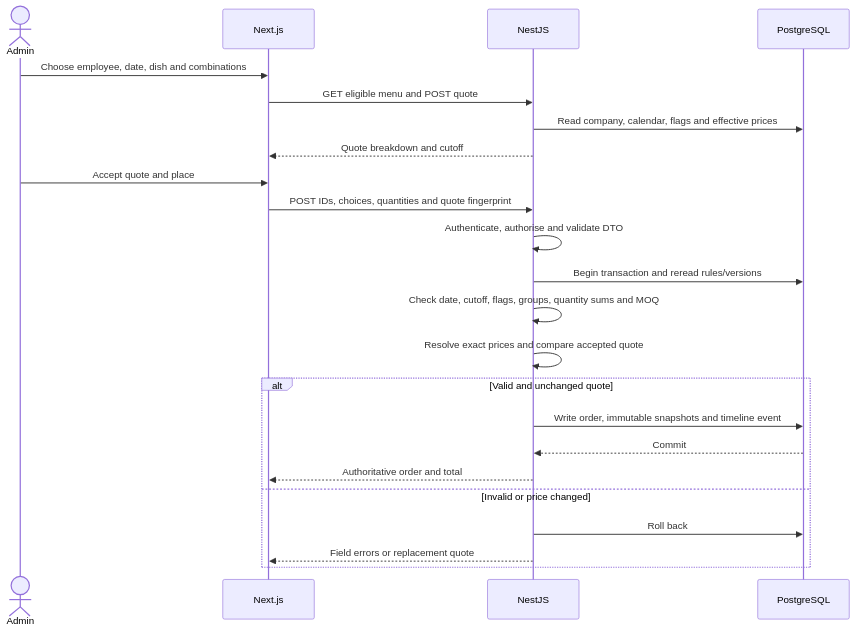
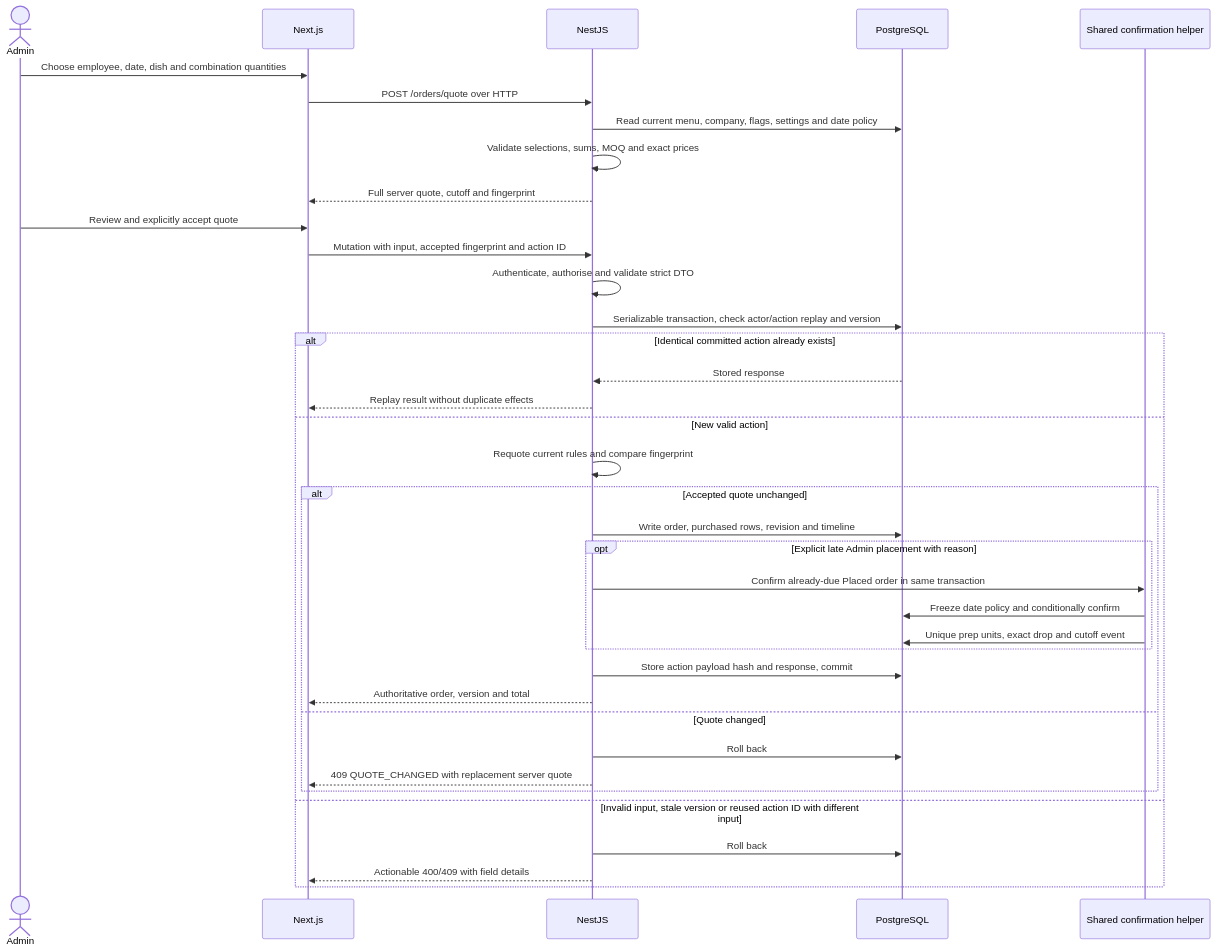
Before and after one commit to dishitabuilds/fernleaf-kitchen: the fourth of 9 diagrams in docs/diagrams.md, drawn with Mermaid. The commit also changed other lines of this file and 55 other files, not shown here.

Commit message:
feat(phase-2): complete orders and cutoff processing

````diff
--- a/docs/diagrams.md
+++ b/docs/diagrams.md
@@ -64,25 +78,39 @@
 ```mermaid
 sequenceDiagram
     actor Admin
     participant Web as Next.js
     participant API as NestJS
     participant DB as PostgreSQL
-    Admin->>Web: Choose employee, date, dish and combinations
-    Web->>API: GET eligible menu and POST quote
-    API->>DB: Read company, calendar, flags and effective prices
-    API-->>Web: Quote breakdown and cutoff
-    Admin->>Web: Accept quote and place
-    Web->>API: POST IDs, choices, quantities and quote fingerprint
-    API->>API: Authenticate, authorise and validate DTO
-    API->>DB: Begin transaction and reread rules/versions
-    API->>API: Check date, cutoff, flags, groups, quantity sums and MOQ
-    API->>API: Resolve exact prices and compare accepted quote
-    alt Valid and unchanged quote
-        API->>DB: Write order, immutable snapshots and timeline event
-        DB-->>API: Commit
-        API-->>Web: Authoritative order and total
-    else Invalid or price changed
+    participant Cutoff as Shared confirmation helper
+    Admin->>Web: Choose employee, date, dish and combination quantities
+    Web->>API: POST /orders/quote over HTTP
+    API->>DB: Read current menu, company, flags, settings and date policy
+    API->>API: Validate selections, sums, MOQ and exact prices
+    API-->>Web: Full server quote, cutoff and fingerprint
+    Admin->>Web: Review and explicitly accept quote
+    Web->>API: Mutation with input, accepted fingerprint and action ID
+    API->>API: Authenticate, authorise and validate strict DTO
+    API->>DB: Serializable transaction, check actor/action replay and version
+    alt Identical committed action already exists
+        DB-->>API: Stored response
+        API-->>Web: Replay result without duplicate effects
+    else New valid action
+        API->>API: Requote current rules and compare fingerprint
+        alt Accepted quote unchanged
+            API->>DB: Write order, purchased rows, revision and timeline
+            opt Explicit late Admin placement with reason
+                API->>Cutoff: Confirm already-due Placed order in same transaction
+                Cutoff->>DB: Freeze date policy and conditionally confirm
+                Cutoff->>DB: Unique prep units, exact drop and cutoff event
+            end
+            API->>DB: Store action payload hash and response, commit
+            API-->>Web: Authoritative order, version and total
+        else Quote changed
+            API->>DB: Roll back
+            API-->>Web: 409 QUOTE_CHANGED with replacement server quote
+        end
+    else Invalid input, stale version or reused action ID with different input
         API->>DB: Roll back
-        API-->>Web: Field errors or replacement quote
+        API-->>Web: Actionable 400/409 with field details
     end
 ```
````
